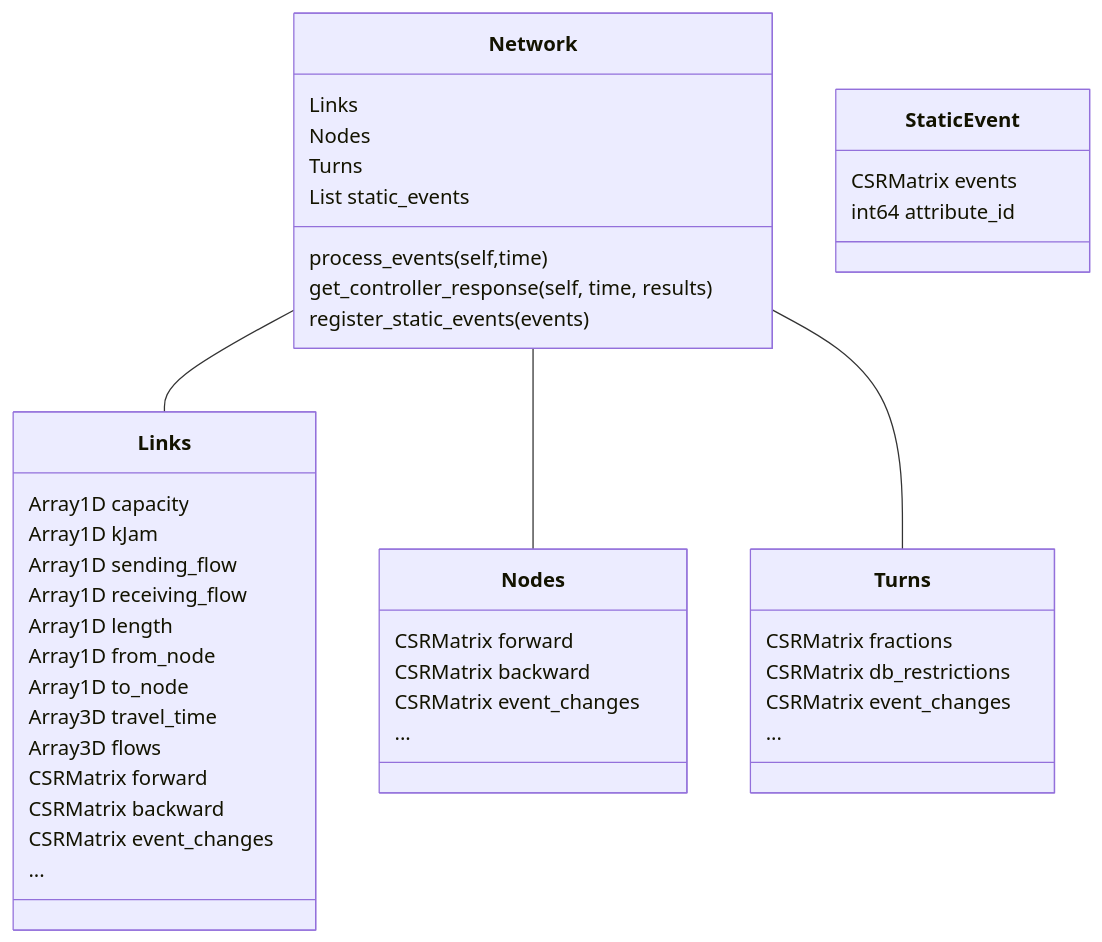
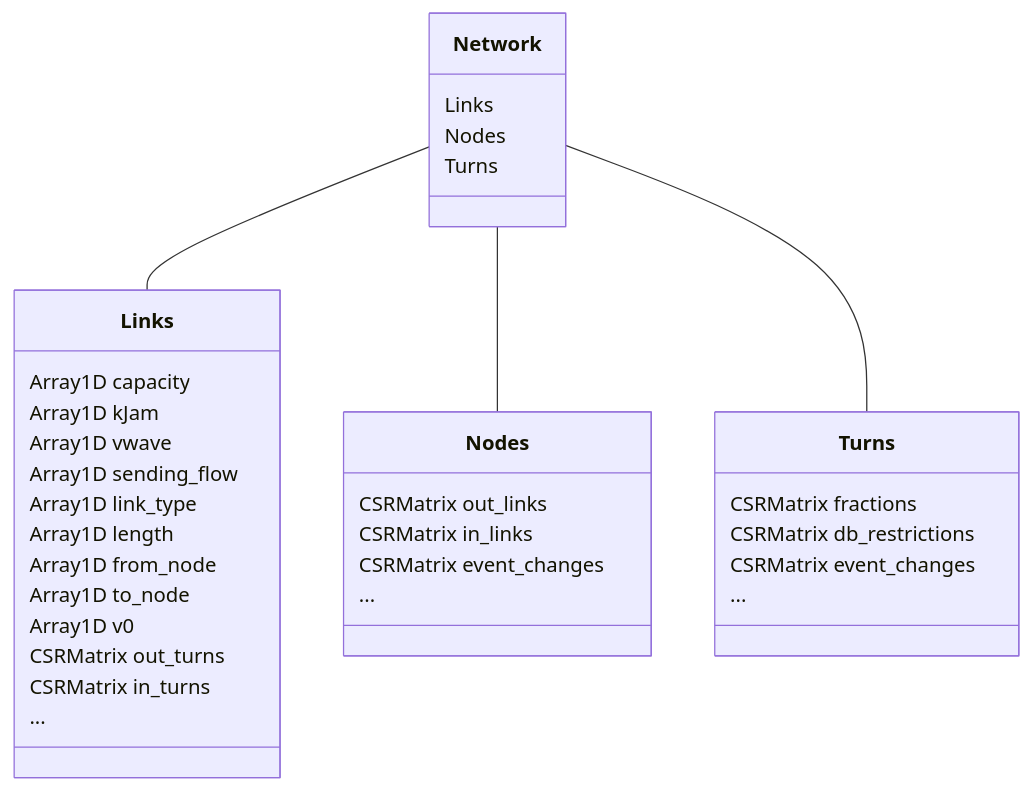
Before and after one commit to p-ortmann/dyntapy: the diagram in dtapy/core/technical.md, drawn with Mermaid. The commit also changed 4 other files, not shown here.

````diff
--- a/dtapy/core/technical.md
+++ b/dtapy/core/technical.md
@@ -5,42 +5,33 @@
 ```mermaid
 classDiagram
     Network -- Links
     Network -- Nodes
     Network -- Turns
     Network : Links
     Network : Nodes
     Network : Turns
-    Network : List <CSRMatrix> static_events
-    Network : process_events(self,time)
-    Network : get_controller_response(self, time, results)
-    Network : register_static_events(events)
-    Links: Array1D <float64> capacity
-    Links: Array1D <float64> kJam
-    Links: Array1D <float64> sending_flow
-    Links: Array1D <float64> receiving_flow
-    Links: Array1D <float64> length
-    Links: Array1D <int64> from_node
-    Links: Array1D <int64> to_node
-    Links: Array3D <float64> travel_time
-    Links: Array3D <float64> flows
-    Links: CSRMatrix <int64> forward
-    Links: CSRMatrix <int64> backward
-    Links: CSRMatrix <float64> event_changes
+    Links: Array1D <float32> capacity
+    Links: Array1D <float32> kJam
+    Links: Array1D <float32> vwave
+    Links: Array1D <float32> sending_flow
+    Links: Array1D <int8> link_type
+    Links: Array1D <float32> length
+    Links: Array1D <int32> from_node
+    Links: Array1D <int32> to_node
+    Links: Array1D <int32> v0
+    Links: CSRMatrix <int32> out_turns
+    Links: CSRMatrix <int32> in_turns
     Links: ...
-    class StaticEvent{
-    CSRMatrix <float64> events
-    int64 attribute_id
-    }
-    class Nodes{
-    CSRMatrix <int64> forward
-    CSRMatrix <int64> backward
-    CSRMatrix <float64> event_changes
+        class Nodes{
+    CSRMatrix <int32> out_links
+    CSRMatrix <int32> in_links
+    CSRMatrix <float32> event_changes
     ...
     }
     class Turns{
-    CSRMatrix <float64> fractions
+    CSRMatrix <float32> fractions
     CSRMatrix <bool> db_restrictions
-    CSRMatrix <float64> event_changes
+    CSRMatrix <float32> event_changes
     ...
     }
 ```
````
